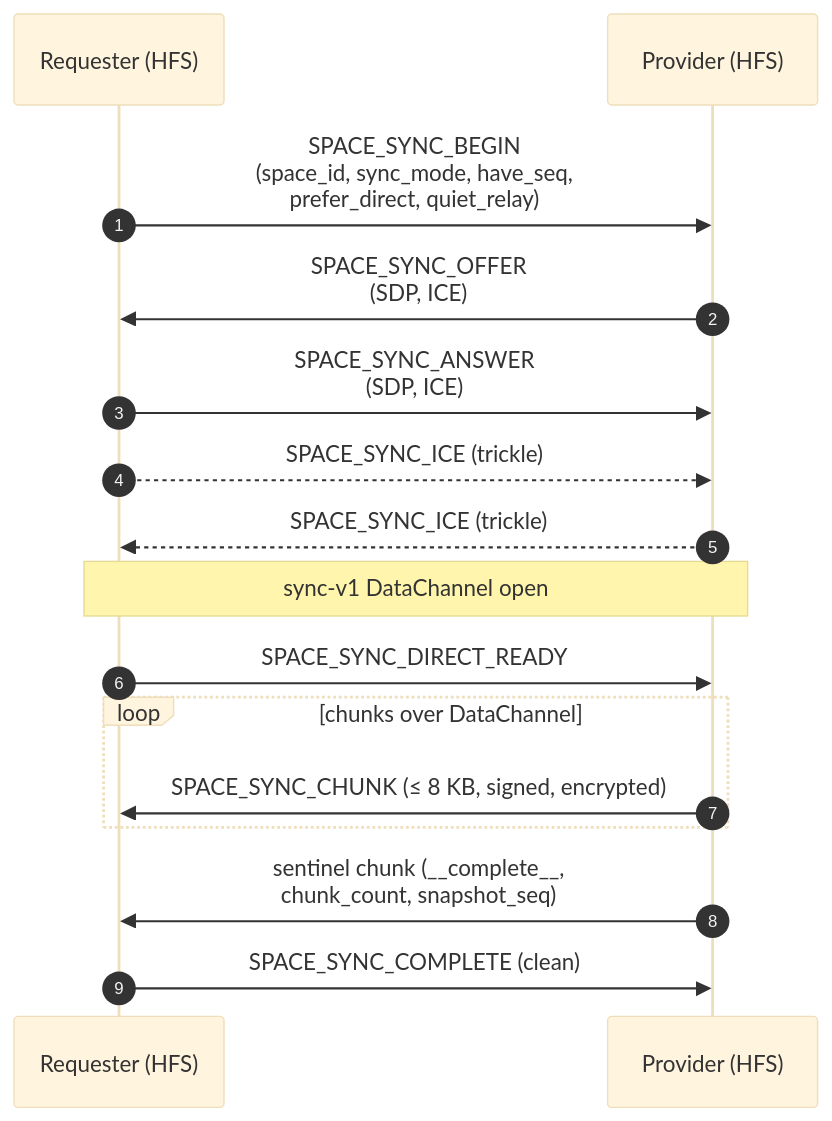
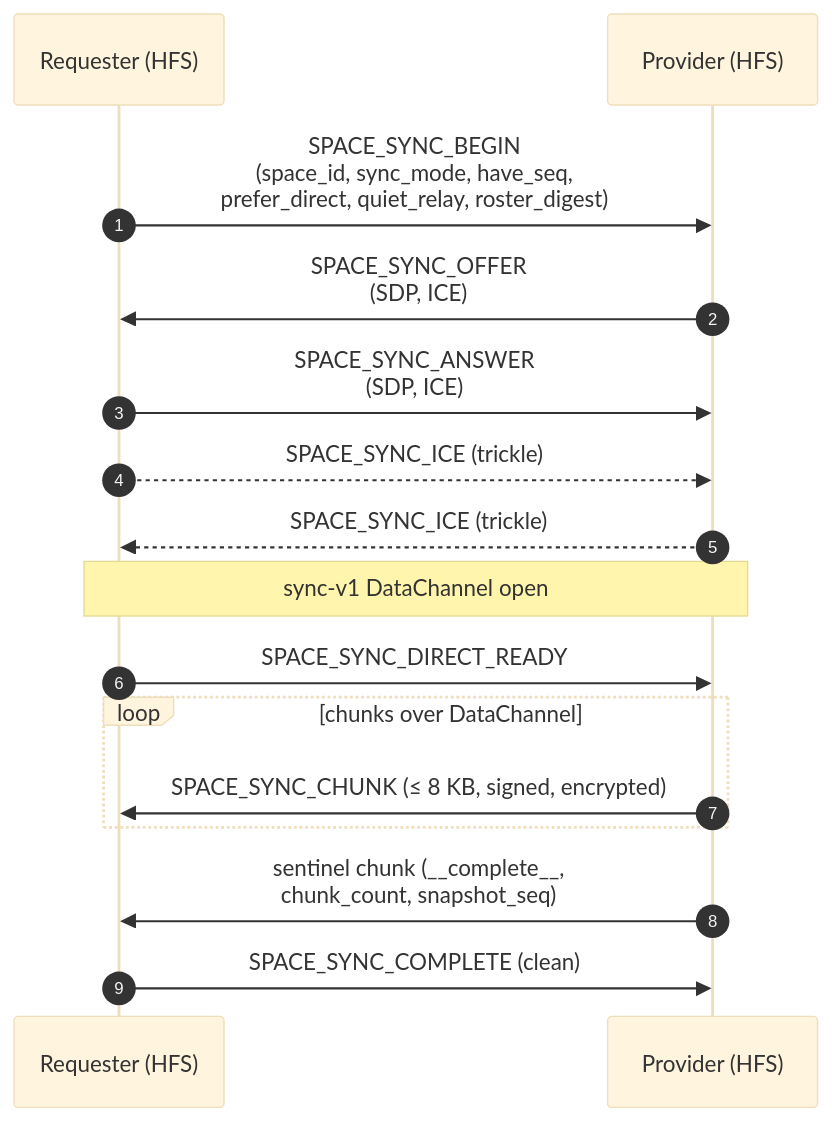
The first of 4 diagrams in docs/protocol/sync.md (social-home-io/socialhome), drawn with Mermaid (base theme) before and after one commit. The commit also changed other lines of this file and 4 other files, not shown here.

First line of the commit message:
Docs: the roster repair is digest-driven, in reply to a BEGIN; honest cost; no timer

````diff
--- a/docs/protocol/sync.md
+++ b/docs/protocol/sync.md
@@ -42,18 +42,18 @@
 ```mermaid
 sequenceDiagram
     autonumber
     participant R as Requester (HFS)
     participant P as Provider (HFS)
-    R->>P: SPACE_SYNC_BEGIN<br/>(space_id, sync_mode, have_seq,<br/>prefer_direct, quiet_relay)
+    R->>P: SPACE_SYNC_BEGIN<br/>(space_id, sync_mode, have_seq,<br/>prefer_direct, quiet_relay, roster_digest)
     P->>R: SPACE_SYNC_OFFER<br/>(SDP, ICE)
     R->>P: SPACE_SYNC_ANSWER<br/>(SDP, ICE)
     R-->>P: SPACE_SYNC_ICE (trickle)
     P-->>R: SPACE_SYNC_ICE (trickle)
     Note over R,P: sync-v1 DataChannel open
     R->>P: SPACE_SYNC_DIRECT_READY
     loop chunks over DataChannel
         P->>R: SPACE_SYNC_CHUNK (≤ 8 KB, signed, encrypted)
     end
     P->>R: sentinel chunk (__complete__,<br/>chunk_count, snapshot_seq)
     R->>P: SPACE_SYNC_COMPLETE (clean)
 ```
````
